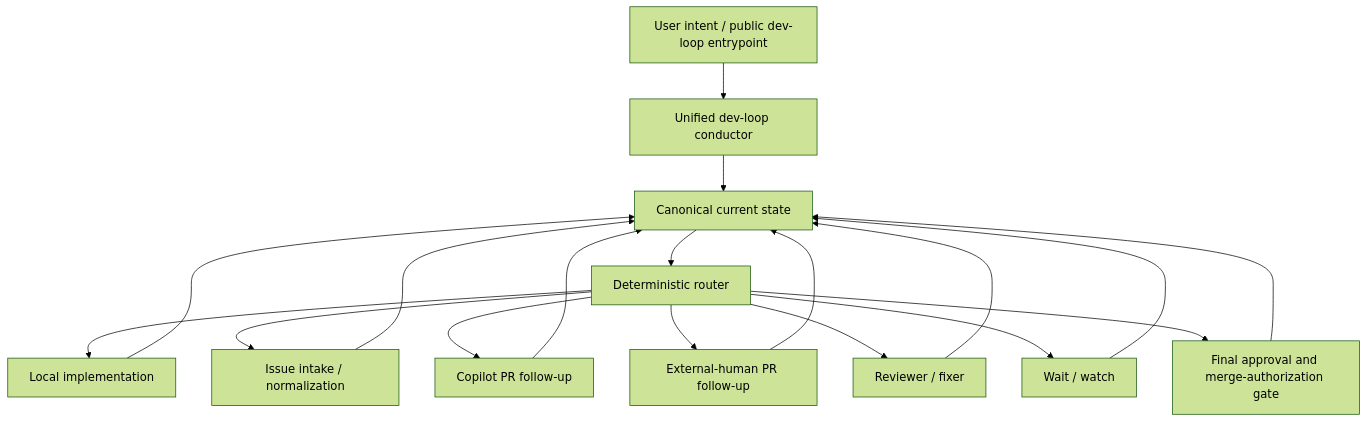
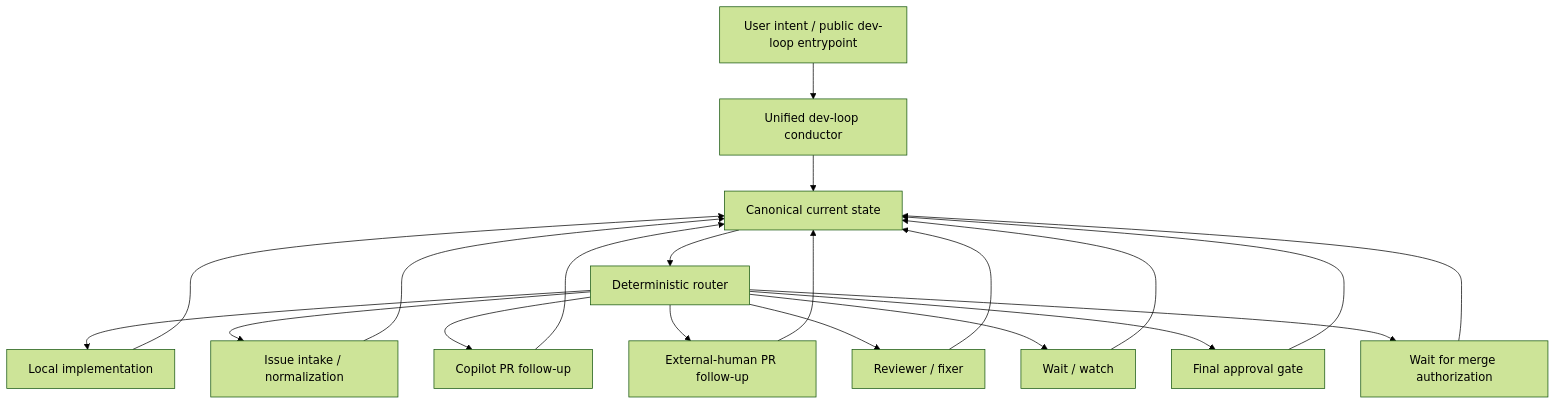
Before and after one commit to mfittko/pi-dev-loops: the diagram in docs/public-dev-loop-contract.md, drawn with Mermaid (forest theme). The commit also changed 3 other files, not shown here.

Commit message:
fix: align merge-authorization gate contract summary

````diff
--- a/docs/public-dev-loop-contract.md
+++ b/docs/public-dev-loop-contract.md
@@ -288,22 +288,24 @@
 ```mermaid
 flowchart TD
     U[User intent / public dev-loop entrypoint] --> C[Unified dev-loop conductor]
     C --> S[Canonical current state]
     S --> R[Deterministic router]
 
     R --> L[Local implementation]
     R --> I[Issue intake / normalization]
     R --> CP[Copilot PR follow-up]
     R --> HP[External-human PR follow-up]
     R --> RF[Reviewer / fixer]
     R --> W[Wait / watch]
-    R --> A[Final approval and merge-authorization gate]
+    R --> A[Final approval gate]
+    R --> M[Wait for merge authorization]
 
     L --> S
     I --> S
     CP --> S
     HP --> S
     RF --> S
     W --> S
     A --> S
+    M --> S
 ```
````
